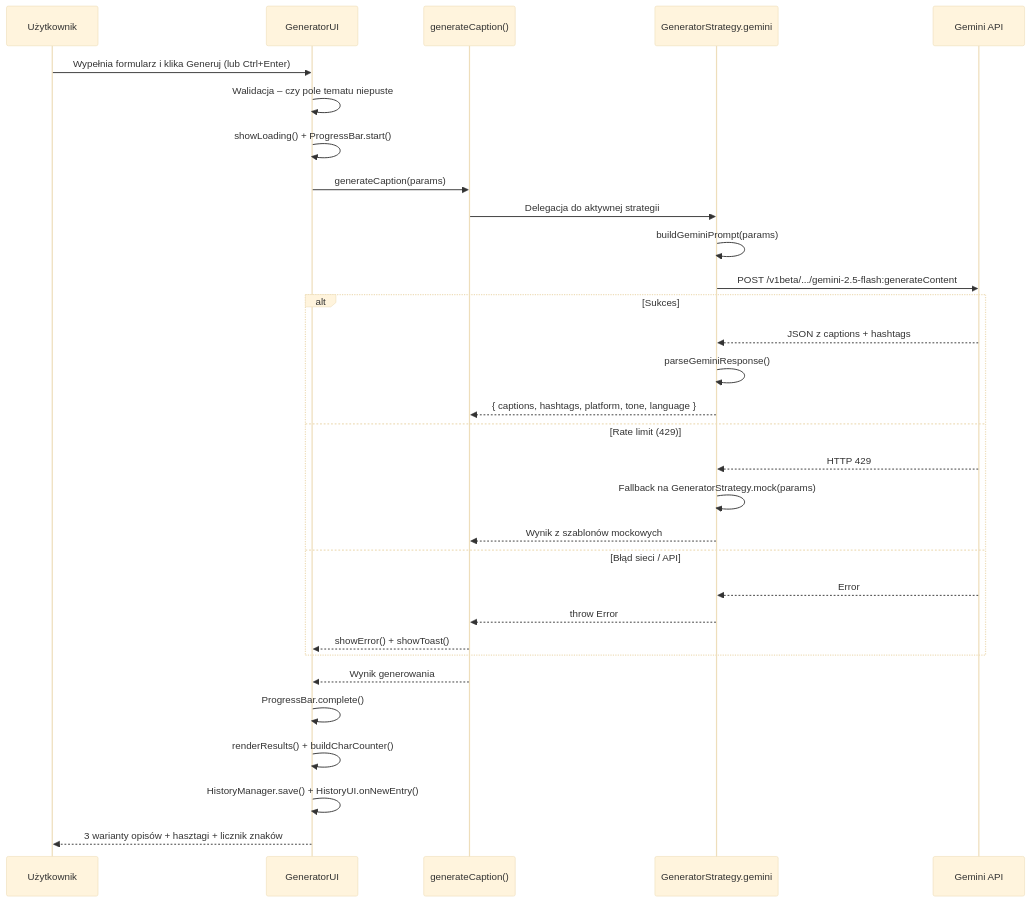
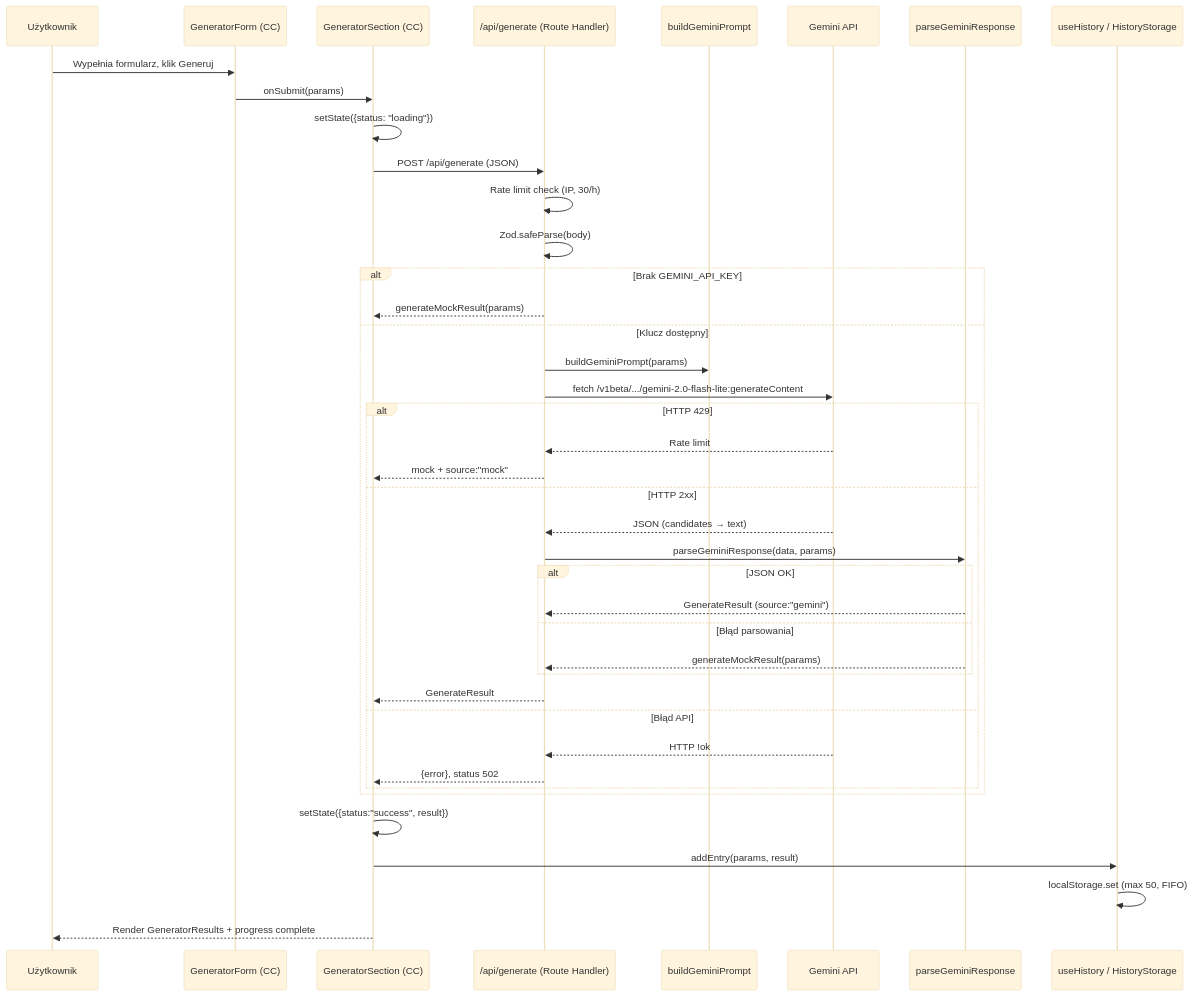
The second of 4 diagrams in docs/technical-documentation.md (rleon82/CaptionForge), drawn with Mermaid (base theme) before and after one commit. The commit also changed other lines of this file and 2 other files, not shown here.

Commit message:
docs: aktualizacja do wersji Next.js 14 - README.md: stack zmieniony z Vanilla na Next.js/TS/Tailwind/Zod - technical-documentation.md: architektura Server/Client Components, Route Handler, hooks - plan.md: oznaczony jako historyczny + mapowanie Vanilla → Next.js

````diff
--- a/docs/technical-documentation.md
+++ b/docs/technical-documentation.md
@@ -111,37 +154,46 @@
 ```mermaid
 sequenceDiagram
     participant U as Użytkownik
-    participant GUI as GeneratorUI
-    participant G as generateCaption()
-    participant S as GeneratorStrategy.gemini
-    participant API as Gemini API
+    participant F as GeneratorForm (CC)
+    participant S as GeneratorSection (CC)
+    participant API as /api/generate (Route Handler)
+    participant G as buildGeminiPrompt
+    participant Gem as Gemini API
+    participant P as parseGeminiResponse
+    participant H as useHistory / HistoryStorage
 
-    U->>GUI: Wypełnia formularz i klika Generuj (lub Ctrl+Enter)
-    GUI->>GUI: Walidacja – czy pole tematu niepuste
-    GUI->>GUI: showLoading() + ProgressBar.start()
-    GUI->>G: generateCaption(params)
-    G->>S: Delegacja do aktywnej strategii
+    U->>F: Wypełnia formularz, klik Generuj
+    F->>S: onSubmit(params)
+    S->>S: setState({status: "loading"})
+    S->>API: POST /api/generate (JSON)
+    API->>API: Rate limit check (IP, 30/h)
+    API->>API: Zod.safeParse(body)
 
-    S->>S: buildGeminiPrompt(params)
-    S->>API: POST /v1beta/.../gemini-2.5-flash:generateContent
-    
-    alt Sukces
-        API-->>S: JSON z captions + hashtags
-        S->>S: parseGeminiResponse()
-        S-->>G: { captions, hashtags, platform, tone, language }
-    else Rate limit (429)
-        API-->>S: HTTP 429
-        S->>S: Fallback na GeneratorStrategy.mock(params)
-        S-->>G: Wynik z szablonów mockowych
-    else Błąd sieci / API
-        API-->>S: Error
-        S-->>G: throw Error
-        G-->>GUI: showError() + showToast()
+    alt Brak GEMINI_API_KEY
+        API-->>S: generateMockResult(params)
+    else Klucz dostępny
+        API->>G: buildGeminiPrompt(params)
+        API->>Gem: fetch /v1beta/.../gemini-2.0-flash-lite:generateContent
+        alt HTTP 429
+            Gem-->>API: Rate limit
+            API-->>S: mock + source:"mock"
+        else HTTP 2xx
+            Gem-->>API: JSON (candidates → text)
+            API->>P: parseGeminiResponse(data, params)
+            alt JSON OK
+                P-->>API: GenerateResult (source:"gemini")
+            else Błąd parsowania
+                P-->>API: generateMockResult(params)
+            end
+            API-->>S: GenerateResult
+        else Błąd API
+            Gem-->>API: HTTP !ok
+            API-->>S: {error}, status 502
+        end
     end
 
-    G-->>GUI: Wynik generowania
-    GUI->>GUI: ProgressBar.complete()
-    GUI->>GUI: renderResults() + buildCharCounter()
-    GUI->>GUI: HistoryManager.save() + HistoryUI.onNewEntry()
-    GUI-->>U: 3 warianty opisów + hasztagi + licznik znaków
+    S->>S: setState({status:"success", result})
+    S->>H: addEntry(params, result)
+    H->>H: localStorage.set (max 50, FIFO)
+    S-->>U: Render GeneratorResults + progress complete
 ```
````
